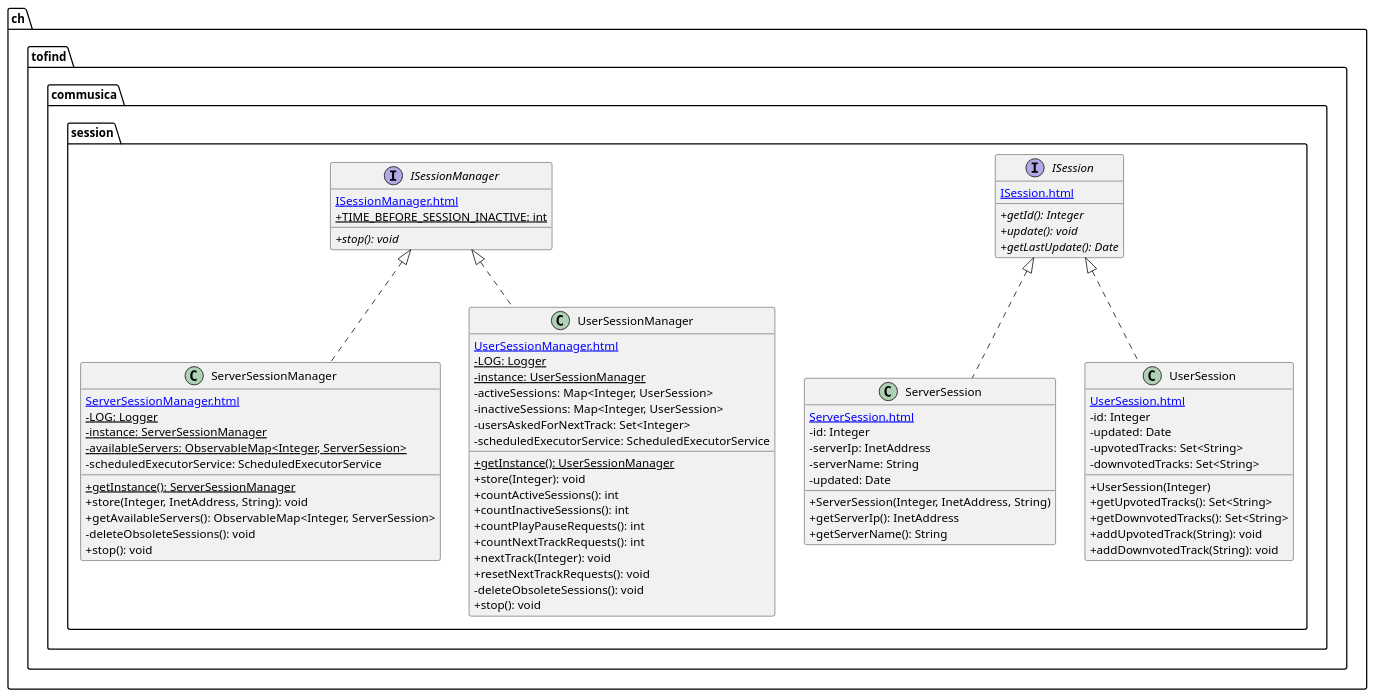
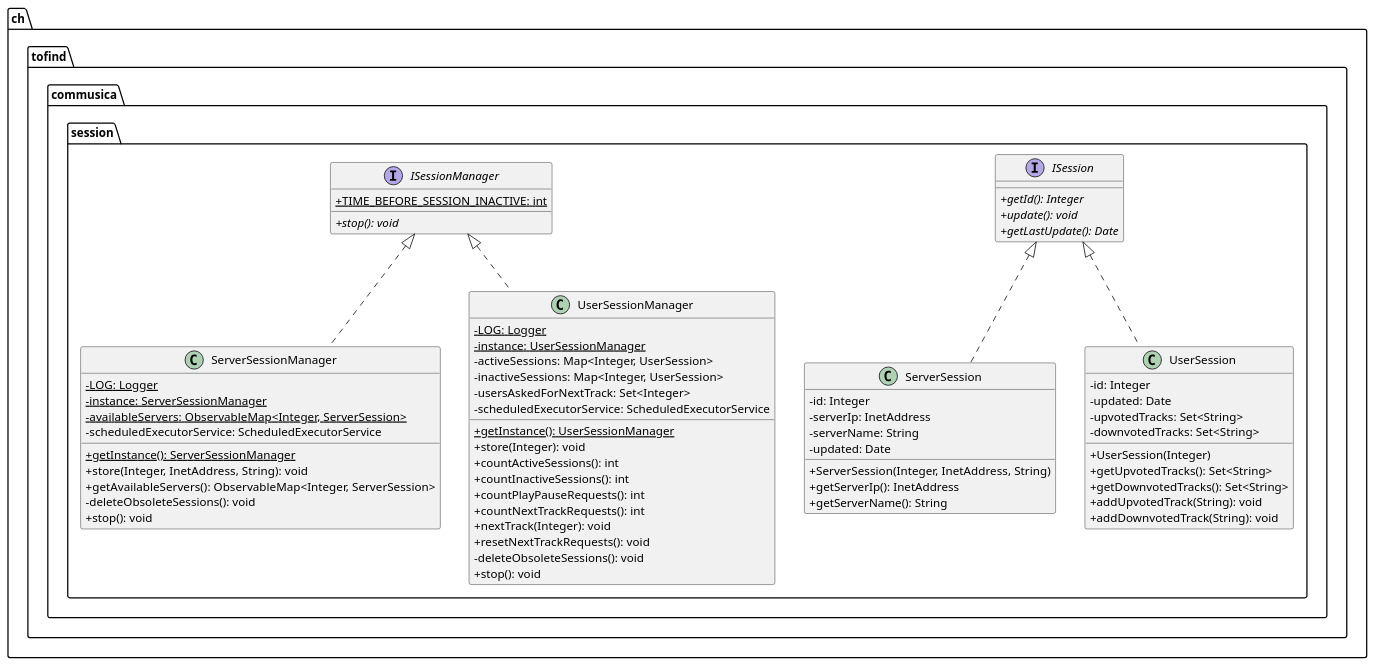
The diagram in doc/PRO/UML/session.puml (heig-vd-pro2017/projet), drawn with PlantUML before and after one commit. The commit also changed 8 other files, not shown here.

```diff
--- a/doc/PRO/UML/session.puml
+++ b/doc/PRO/UML/session.puml
@@ -1,87 +1,81 @@
 @startuml
 
     skinparam classAttributeIconSize 0
 
     namespace ch.tofind.commusica.session {
 
         class ServerSessionManager {
-            [[ServerSessionManager.html]]
             {static} -LOG: Logger
             {static} -instance: ServerSessionManager
             {static} -availableServers: ObservableMap<Integer, ServerSession>
             -scheduledExecutorService: ScheduledExecutorService
             {static} +getInstance(): ServerSessionManager
             +store(Integer, InetAddress, String): void
             +getAvailableServers(): ObservableMap<Integer, ServerSession>
             -deleteObsoleteSessions(): void
             +stop(): void
         }
 
         class UserSessionManager {
-            [[UserSessionManager.html]]
             {static} -LOG: Logger
             {static} -instance: UserSessionManager
             -activeSessions: Map<Integer, UserSession>
             -inactiveSessions: Map<Integer, UserSession>
             -usersAskedForNextTrack: Set<Integer>
             -scheduledExecutorService: ScheduledExecutorService
             {static} +getInstance(): UserSessionManager
             +store(Integer): void
             +countActiveSessions(): int
             +countInactiveSessions(): int
             +countPlayPauseRequests(): int
             +countNextTrackRequests(): int
             +nextTrack(Integer): void
             +resetNextTrackRequests(): void
             -deleteObsoleteSessions(): void
             +stop(): void
         }
 
         interface ISession {
-            [[ISession.html]]
             {abstract} +getId(): Integer
             {abstract} +update(): void
             {abstract} +getLastUpdate(): Date
         }
 
         class ServerSession {
-            [[ServerSession.html]]
             -id: Integer
             -serverIp: InetAddress
             -serverName: String
             -updated: Date
             +ServerSession(Integer, InetAddress, String)
             +getServerIp(): InetAddress
             +getServerName(): String
         }
 
         interface ISessionManager {
-            [[ISessionManager.html]]
             {static} +TIME_BEFORE_SESSION_INACTIVE: int
             {abstract} +stop(): void
         }
 
         class UserSession {
-            [[UserSession.html]]
             -id: Integer
             -updated: Date
             -upvotedTracks: Set<String>
             -downvotedTracks: Set<String>
             +UserSession(Integer)
             +getUpvotedTracks(): Set<String>
             +getDownvotedTracks(): Set<String>
             +addUpvotedTrack(String): void
             +addDownvotedTrack(String): void
         }
 
         ISessionManager <|.. ServerSessionManager
 
         ISessionManager <|.. UserSessionManager
 
         ISession <|.. ServerSession
 
         ISession <|.. UserSession
 
     }
 
 @enduml
```
